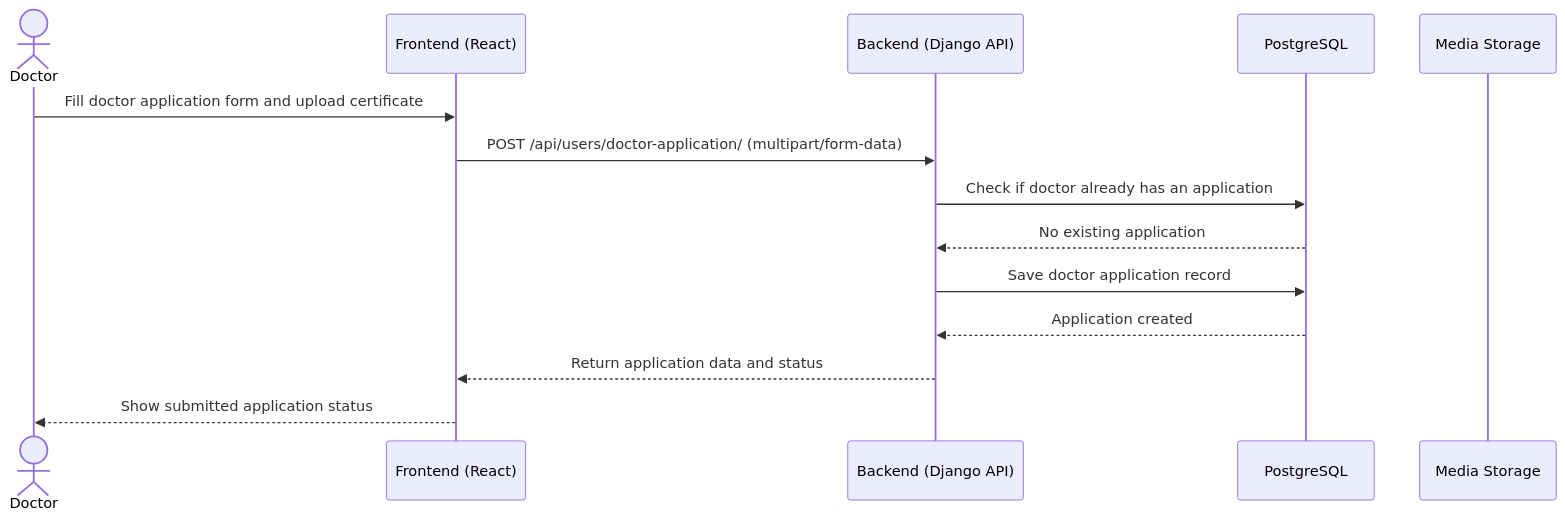
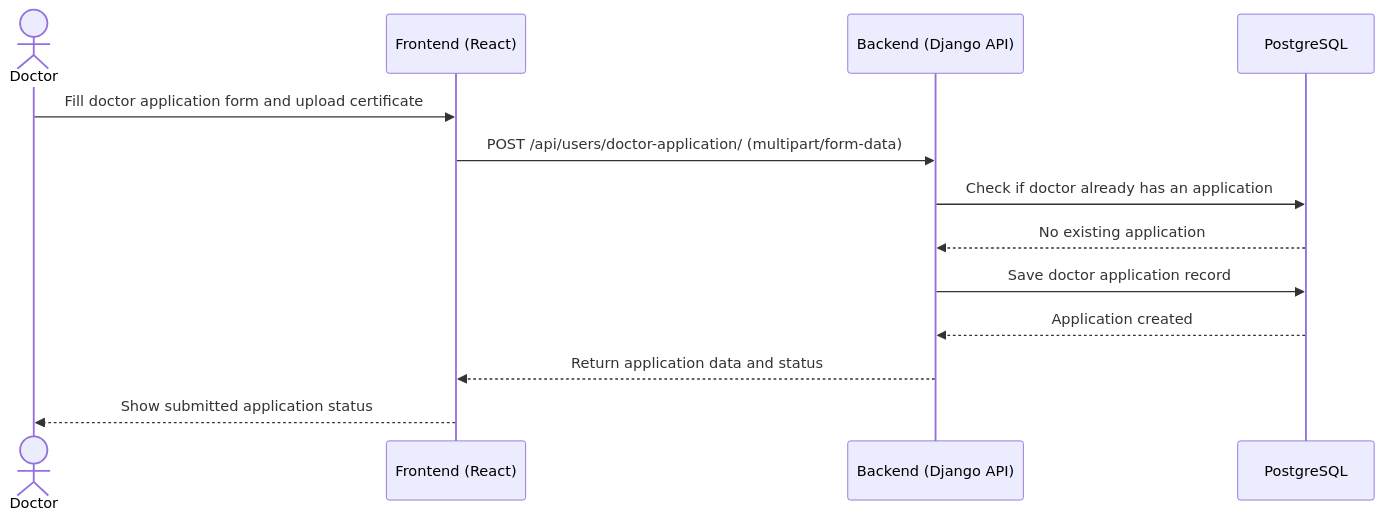
Before and after one commit to aliabdullah1215/Only-For-Teating: the third of 3 diagrams in 3.Create High-Level.md, drawn with Mermaid.

Commit message:
Remove Media Storage from doctor application diagram
Removed Media Storage participant from sequence diagram.

````diff
--- a/3.Create High-Level.md
+++ b/3.Create High-Level.md
@@ -45,17 +45,16 @@
 ```mermaid
 sequenceDiagram
     actor Doctor
     participant FE as Frontend (React)
     participant BE as Backend (Django API)
     participant DB as PostgreSQL
-    participant FS as Media Storage
 
     Doctor->>FE: Fill doctor application form and upload certificate
     FE->>BE: POST /api/users/doctor-application/ (multipart/form-data)
     BE->>DB: Check if doctor already has an application
     DB-->>BE: No existing application
     BE->>DB: Save doctor application record
     DB-->>BE: Application created
     BE-->>FE: Return application data and status
     FE-->>Doctor: Show submitted application status
 ```
````
